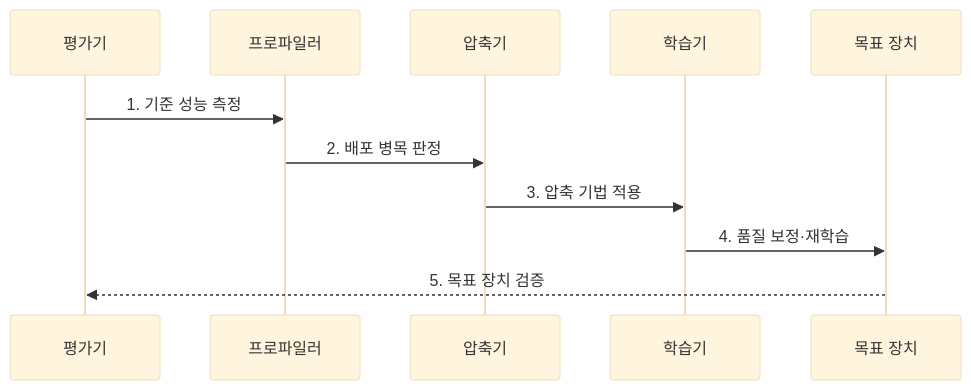
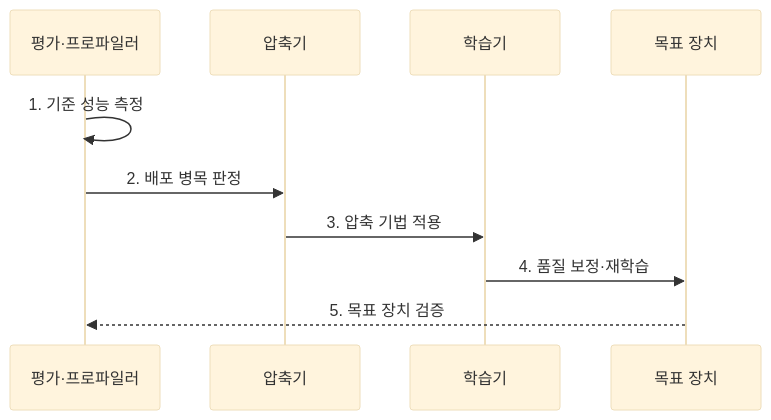
The second of 2 diagrams in src/content/docs/notes/08-latest-tech/054_model_compression.md (agnusdei1207/knowledge-base), drawn with Mermaid (base theme) before and after one commit. The commit also changed 9 other files, not shown here.

Commit message:
Simplify AI system flow participants

````diff
--- a/src/content/docs/notes/08-latest-tech/054_model_compression.md
+++ b/src/content/docs/notes/08-latest-tech/054_model_compression.md
@@ -105,13 +105,12 @@
 ```mermaid
 sequenceDiagram
-    participant E as 평가기
-    participant P as 프로파일러
+    participant E as 평가·프로파일러
     participant C as 압축기
     participant T as 학습기
     participant D as 목표 장치
-    E->>P: 1. 기준 성능 측정
-    P->>C: 2. 배포 병목 판정
+    E->>E: 1. 기준 성능 측정
+    E->>C: 2. 배포 병목 판정
     C->>T: 3. 압축 기법 적용
     T->>D: 4. 품질 보정·재학습
     D-->>E: 5. 목표 장치 검증
 ```
````
